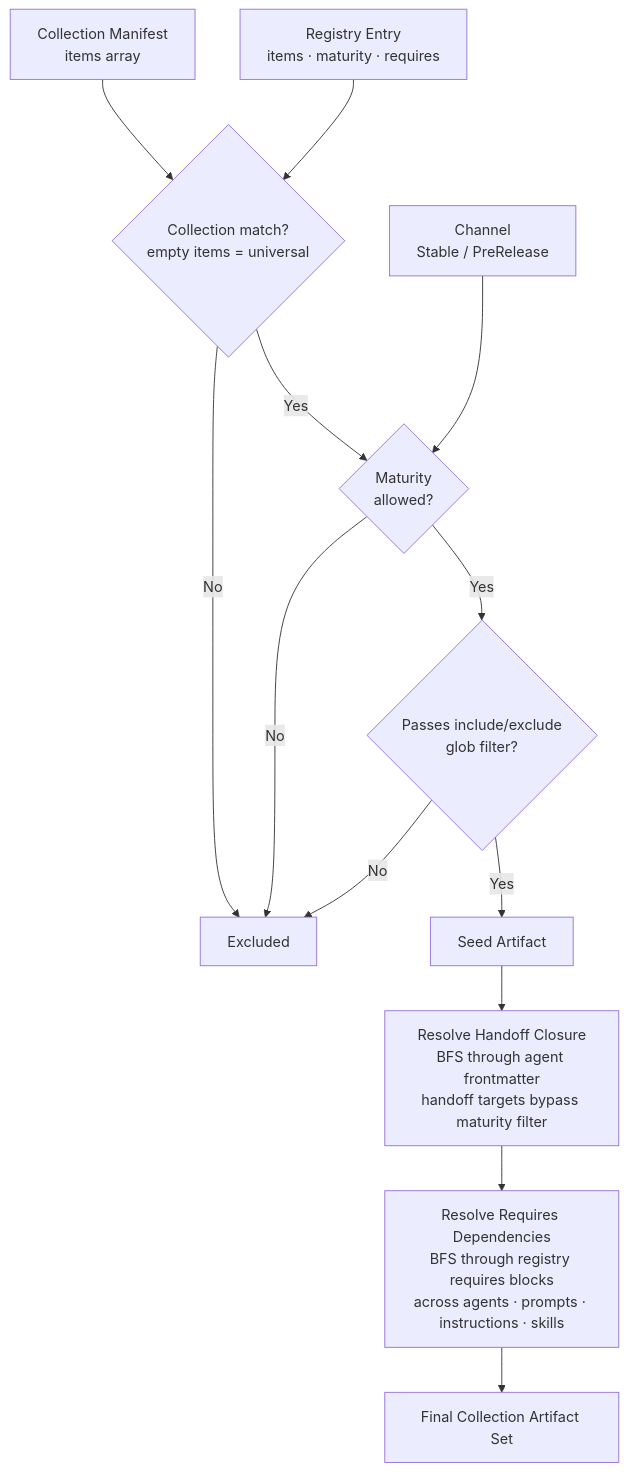
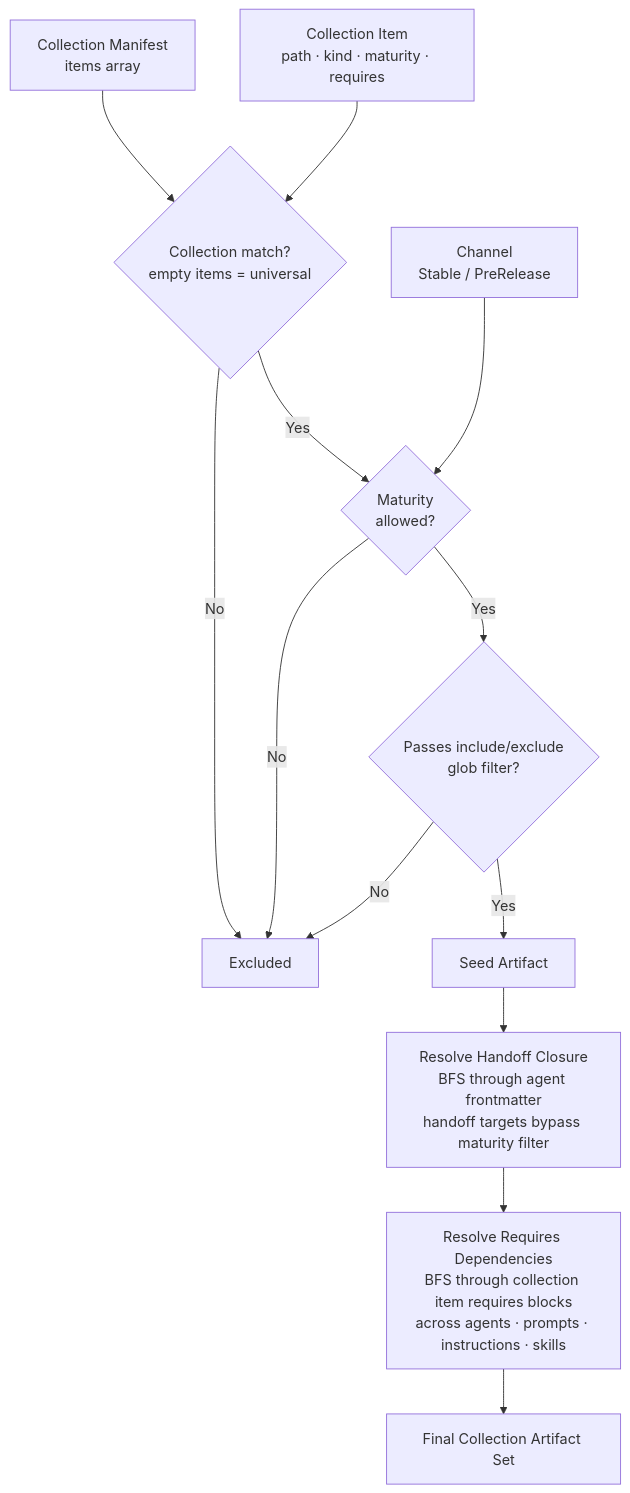
The fourth of 4 diagrams in extension/PACKAGING.md (microsoft/hve-core), drawn with Mermaid before and after one commit. The commit also changed other lines of this file and 3 other files, not shown here.

First line of the commit message:
docs(agents): update terminology from 'persona' to 'collection' in agent documentation

````diff
--- a/extension/PACKAGING.md
+++ b/extension/PACKAGING.md
@@ -424,19 +423,19 @@
 ```mermaid
 flowchart TB
-    REG["Registry Entry<br/>items · maturity · requires"] --> PF{"Collection match?<br/>empty items = universal"}
+    CI["Collection Item<br/>path · kind · maturity · requires"] --> PF{"Collection match?<br/>empty items = universal"}
     CM["Collection Manifest<br/>items array"] --> PF
     CH["Channel<br/>Stable / PreRelease"] --> MF
 
     PF -->|Yes| MF{"Maturity<br/>allowed?"}
     PF -->|No| EXCLUDE[Excluded]
 
     MF -->|Yes| GLOB{"Passes include/exclude<br/>glob filter?"}
     MF -->|No| EXCLUDE
 
     GLOB -->|Yes| SEED[Seed Artifact]
     GLOB -->|No| EXCLUDE
 
     SEED --> HANDOFF["Resolve Handoff Closure<br/>BFS through agent frontmatter<br/>handoff targets bypass maturity filter"]
-    HANDOFF --> REQUIRES["Resolve Requires Dependencies<br/>BFS through registry requires blocks<br/>across agents · prompts · instructions · skills"]
+    HANDOFF --> REQUIRES["Resolve Requires Dependencies<br/>BFS through collection item requires blocks<br/>across agents · prompts · instructions · skills"]
     REQUIRES --> FINAL[Final Collection Artifact Set]
 ```
````
